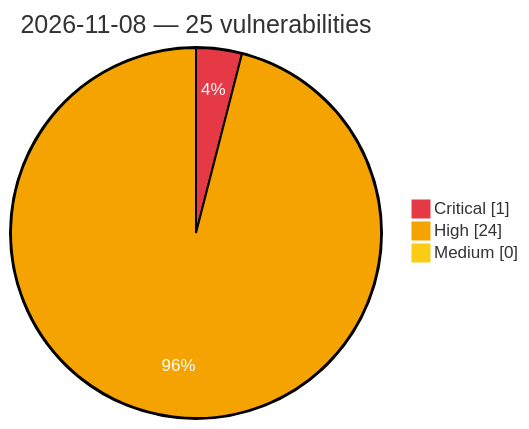
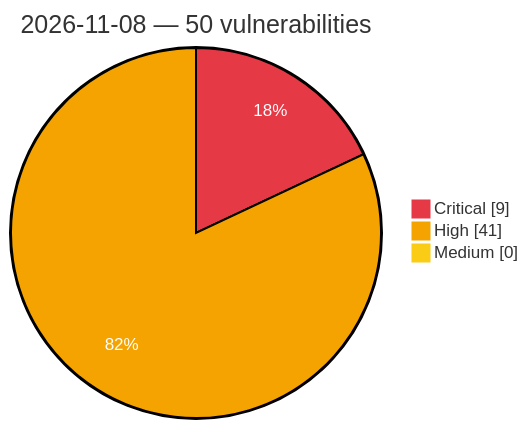
The diagram in vulnerabilities/2026/November/2026-11-08.md (GhostX0X/vuln-tracker), drawn with Mermaid before and after one commit. The commit also changed other lines of this file and 5 other files, not shown here.

Commit message:
Auto update: critical/high vulns (2026-11-08 18:22 UTC)

````diff
--- a/vulnerabilities/2026/November/2026-11-08.md
+++ b/vulnerabilities/2026/November/2026-11-08.md
@@ -3,8 +3,8 @@
 ```mermaid
 %%{init: {'theme':'base', 'themeVariables': {'pie1':'#e63946', 'pie2':'#f4a300', 'pie3':'#facc15', 'pieOpacity':'1', 'pieOuterStrokeWidth':'2px', 'pieSectionTextColor':'#ffffff'}}}%%
 pie showData
-    title 2026-11-08 — 25 vulnerabilities
-    "Critical" : 1
-    "High" : 24
+    title 2026-11-08 — 50 vulnerabilities
+    "Critical" : 9
+    "High" : 41
     "Medium" : 0
 ```
````
